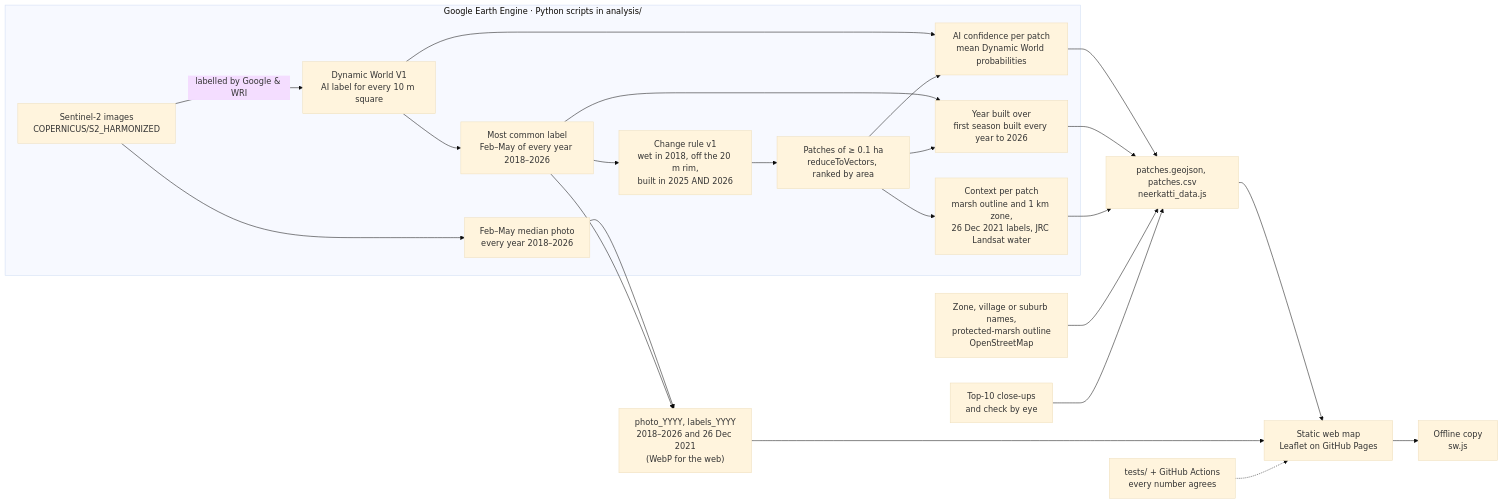
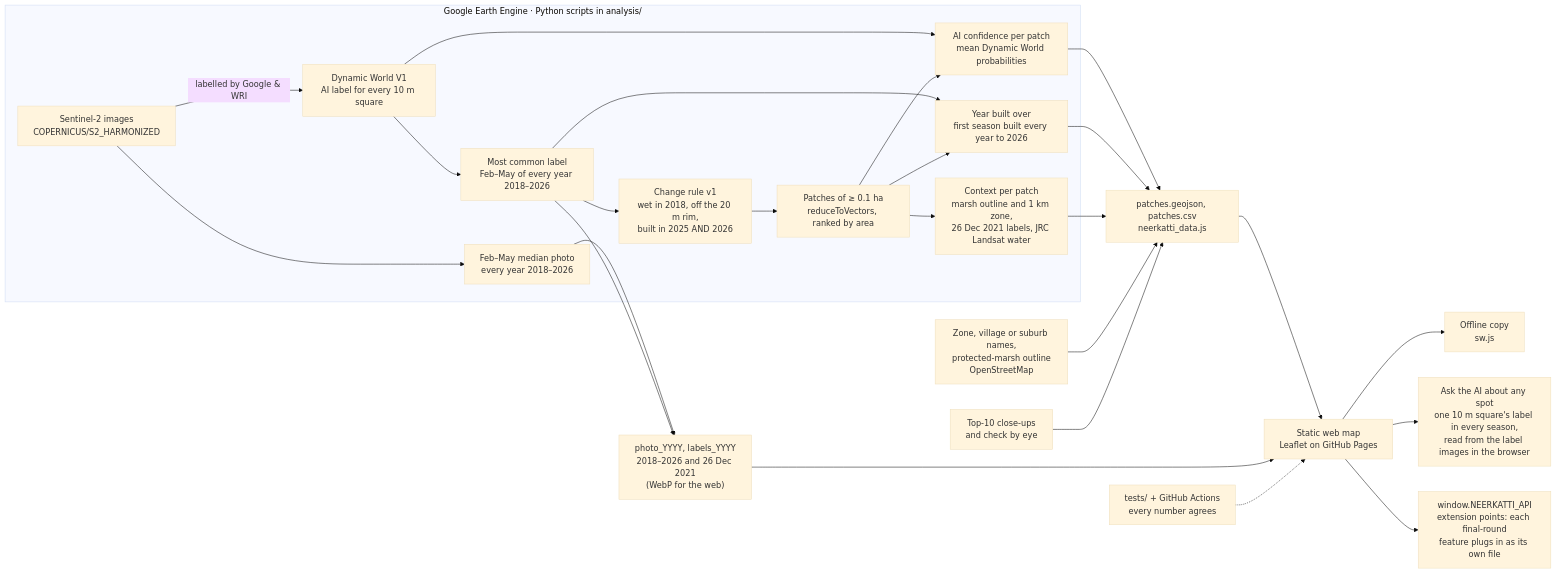
Before and after one commit to ATHULYAPANDIAN24/neerkatti: the diagram in README.md, drawn with Mermaid (base theme). The commit also changed other lines of this file and 1 other file, not shown here.

First line of the commit message:
README: five lines for judges at the top; the spot question and the extension API in the diagram

````diff
--- a/README.md
+++ b/README.md
@@ -68,33 +75,35 @@
 ```mermaid
 flowchart LR
   subgraph EE["Google Earth Engine · Python scripts in analysis/"]
     S2["Sentinel-2 images<br/>COPERNICUS/S2_HARMONIZED"]
     DW["Dynamic World V1<br/>AI label for every 10 m square"]
     MODE["Most common label<br/>Feb–May of every year 2018–2026"]
     RULE["Change rule v1<br/>wet in 2018, off the 20 m rim,<br/>built in 2025 AND 2026"]
     VEC["Patches of ≥ 0.1 ha<br/>reduceToVectors, ranked by area"]
     CONF["AI confidence per patch<br/>mean Dynamic World probabilities"]
     YEAR["Year built over<br/>first season built every year to 2026"]
     CTX["Context per patch<br/>marsh outline and 1 km zone,<br/>26 Dec 2021 labels, JRC Landsat water"]
     MED["Feb–May median photo<br/>every year 2018–2026"]
     S2 -- "labelled by Google & WRI" --> DW
     DW --> MODE --> RULE --> VEC
     DW --> CONF
     VEC --> CONF
     MODE --> YEAR
     VEC --> YEAR
     VEC --> CTX
     S2 --> MED
   end
   CONF --> GJ["patches.geojson, patches.csv<br/>neerkatti_data.js"]
   YEAR --> GJ
   CTX --> GJ
   OSM["Zone, village or suburb names,<br/>protected-marsh outline<br/>OpenStreetMap"] --> GJ
   MED --> IMG["photo_YYYY, labels_YYYY<br/>2018–2026 and 26 Dec 2021<br/>(WebP for the web)"]
   MODE --> IMG
   CHK["Top-10 close-ups<br/>and check by eye"] --> GJ
   GJ --> APP["Static web map<br/>Leaflet on GitHub Pages"]
   IMG --> APP
   APP --> SW["Offline copy<br/>sw.js"]
+  APP --> SPOT["Ask the AI about any spot<br/>one 10 m square's label in every season,<br/>read from the label images in the browser"]
+  APP --> EXT["window.NEERKATTI_API<br/>extension points: each final-round<br/>feature plugs in as its own file"]
   TEST["tests/ + GitHub Actions<br/>every number agrees"] -.-> APP
 ```
````
